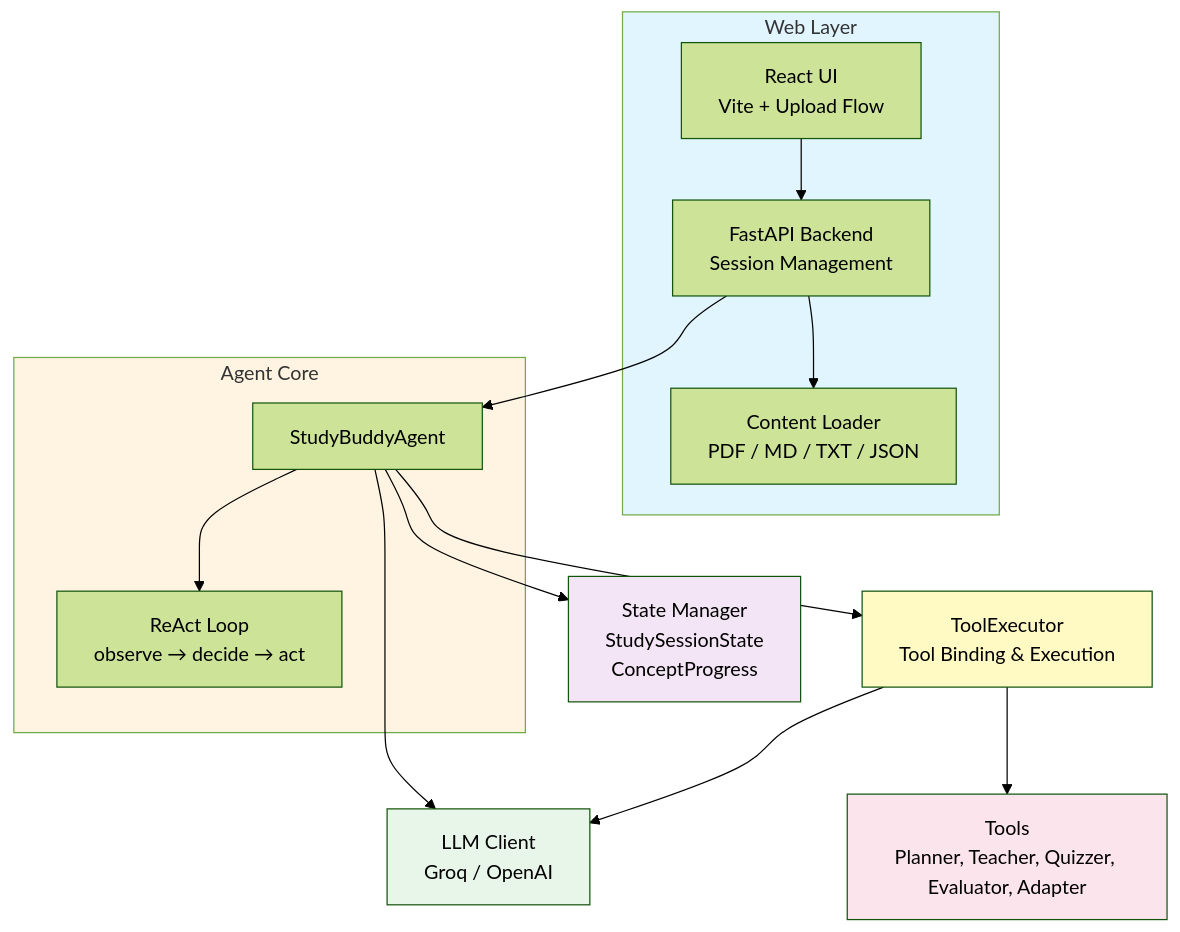
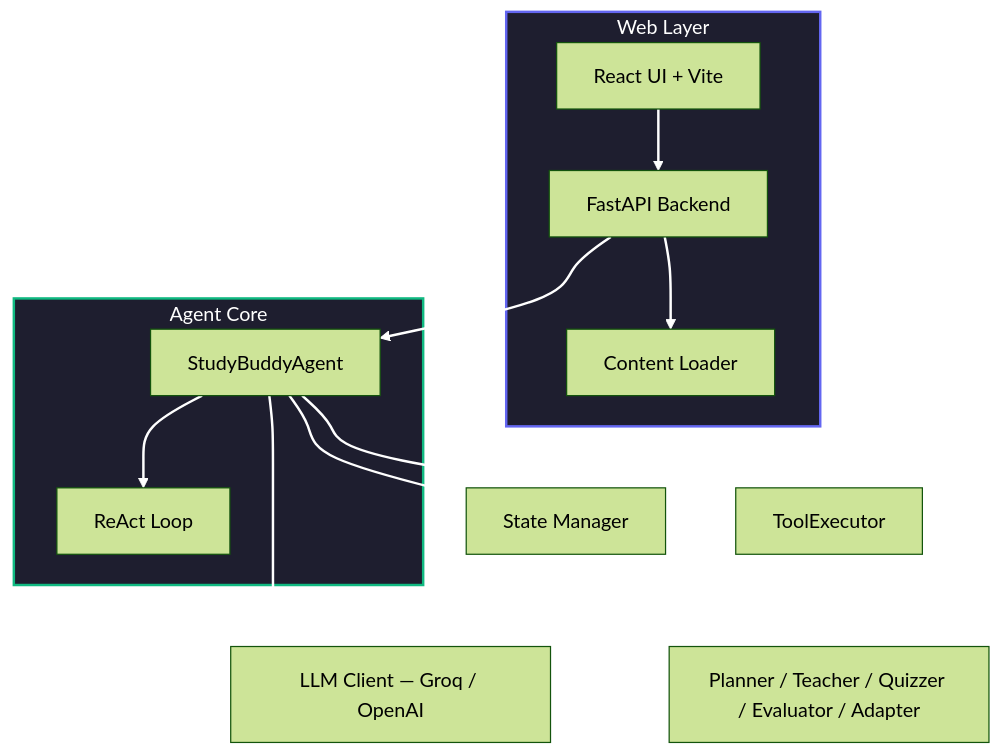
The first of 6 diagrams in ARCHITECTURE.md (ebinzacharias/ez-agentic-study-buddy), drawn with Mermaid (forest theme) before and after one commit. The commit also changed other lines of this file and 1 other file, not shown here.

````diff
--- a/ARCHITECTURE.md
+++ b/ARCHITECTURE.md
@@ -5,35 +5,33 @@
 ```mermaid
-graph TB
-    subgraph Web["Web Layer"]
-        UI[React UI<br/>Vite + Upload Flow]
-        API[FastAPI Backend<br/>Session Management]
-        CL[Content Loader<br/>PDF / MD / TXT / JSON]
+flowchart TD
+    style Web fill:#1E1E2F,stroke:#6366F1,stroke-width:2px,color:#FFFFFF
+    style Core fill:#1E1E2F,stroke:#10B981,stroke-width:2px,color:#FFFFFF
+
+    linkStyle default stroke:#FFFFFF,stroke-width:2px
+
+    subgraph Web[Web Layer]
+        UI[React UI + Vite]
+        API[FastAPI Backend]
+        CL[Content Loader]
     end
 
-    subgraph Core["Agent Core"]
+    subgraph Core[Agent Core]
         Agent[StudyBuddyAgent]
-        ReAct[ReAct Loop<br/>observe → decide → act]
+        ReAct[ReAct Loop]
         Agent --> ReAct
     end
     
-    LLM[LLM Client<br/>Groq / OpenAI]
-    State[State Manager<br/>StudySessionState<br/>ConceptProgress]
-    ToolExec[ToolExecutor<br/>Tool Binding & Execution]
-    Tools[Tools<br/>Planner, Teacher, Quizzer, Evaluator, Adapter]
+    LLM[LLM Client — Groq / OpenAI]
+    State[State Manager]
+    ToolExec[ToolExecutor]
+    Tools[Planner / Teacher / Quizzer / Evaluator / Adapter]
     
     UI --> API
     API --> CL
     API --> Agent
     Agent --> LLM
     Agent --> State
     Agent --> ToolExec
     ToolExec --> LLM
     ToolExec --> Tools
-    
-    style Web fill:#e1f5ff
-    style Core fill:#fff4e1
-    style LLM fill:#e8f5e9
-    style State fill:#f3e5f5
-    style ToolExec fill:#fff9c4
-    style Tools fill:#fce4ec
 ```
````
